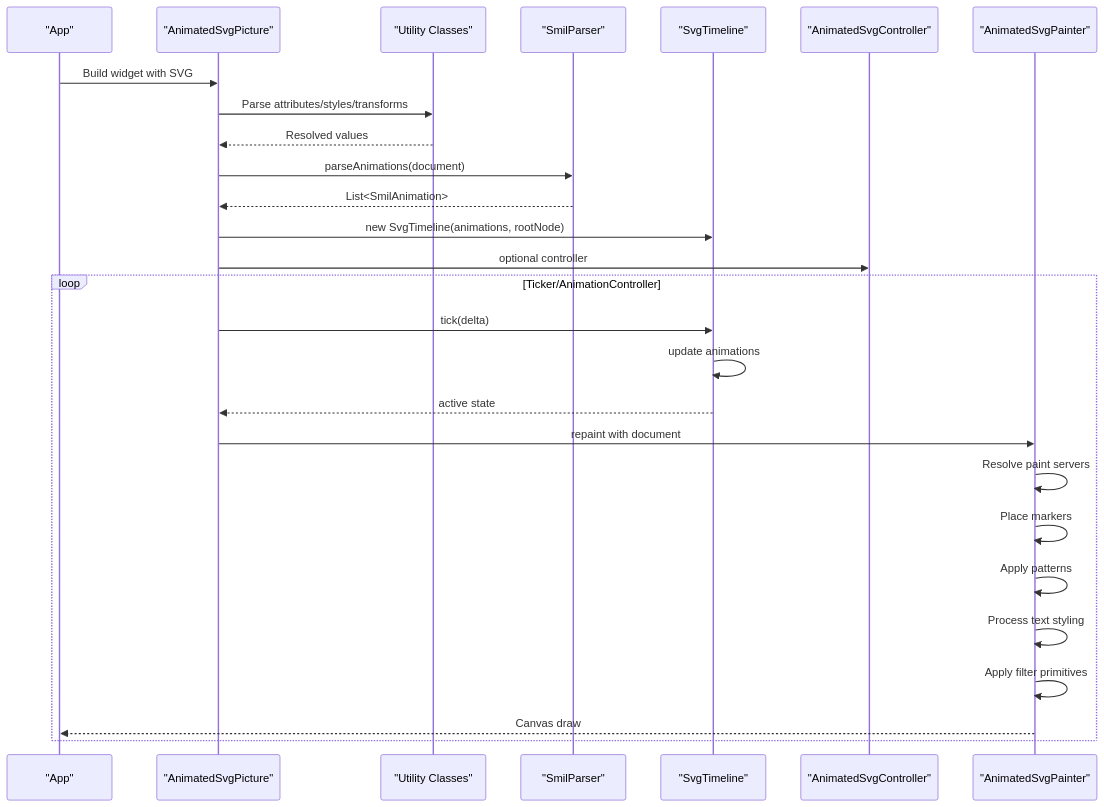
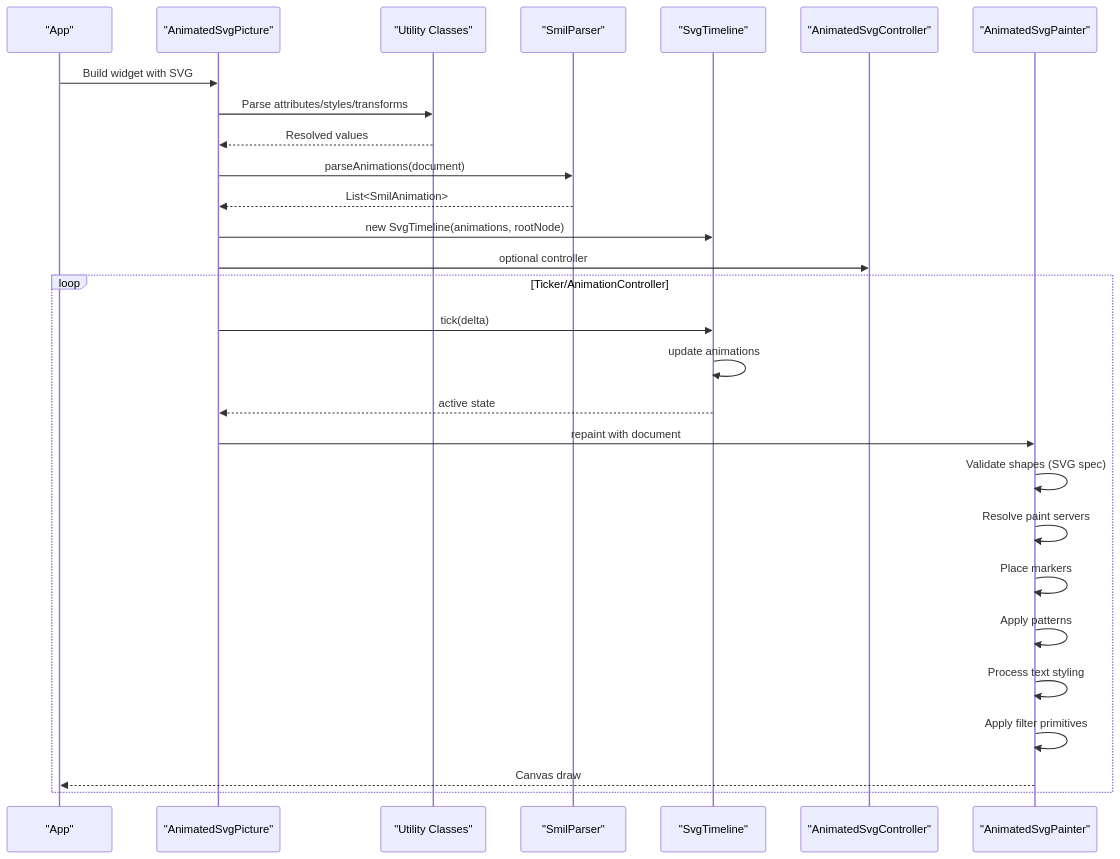
Before and after one commit to denisnadey/flutter_full_svg_support: the second of 15 diagrams in .qoder/repowiki/en/content/Animated SVG Support/Animated SVG Support.md, drawn with Mermaid. The commit also changed other lines of this file and 8 other files, not shown here.

````diff
--- a/.qoder/repowiki/en/content/Animated SVG Support/Animated SVG Support.md
+++ b/.qoder/repowiki/en/content/Animated SVG Support/Animated SVG Support.md
@@ -164,29 +165,30 @@
 ```mermaid
 sequenceDiagram
 participant App as "App"
 participant Widget as "AnimatedSvgPicture"
 participant Utils as "Utility Classes"
 participant Parser as "SmilParser"
 participant Timeline as "SvgTimeline"
 participant Controller as "AnimatedSvgController"
 participant Painter as "AnimatedSvgPainter"
 App->>Widget : Build widget with SVG
 Widget->>Utils : Parse attributes/styles/transforms
 Utils-->>Widget : Resolved values
 Widget->>Parser : parseAnimations(document)
 Parser-->>Widget : List<SmilAnimation>
 Widget->>Timeline : new SvgTimeline(animations, rootNode)
 Widget->>Controller : optional controller
 loop Ticker/AnimationController
 Widget->>Timeline : tick(delta)
 Timeline->>Timeline : update animations
 Timeline-->>Widget : active state
 Widget->>Painter : repaint with document
+Painter->>Painter : Validate shapes (SVG spec)
 Painter->>Painter : Resolve paint servers
 Painter->>Painter : Place markers
 Painter->>Painter : Apply patterns
 Painter->>Painter : Process text styling
 Painter->>Painter : Apply filter primitives
 Painter-->>App : Canvas draw
 end
 ```
````
